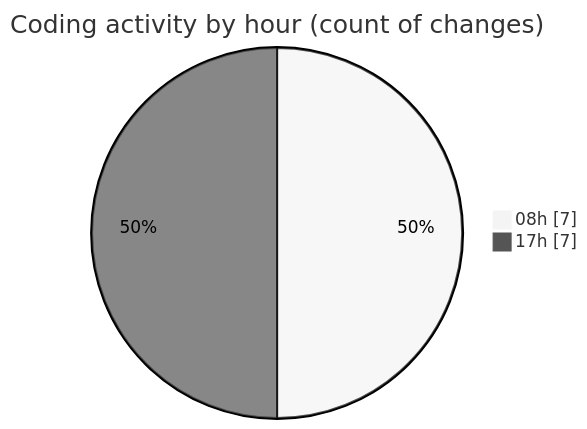
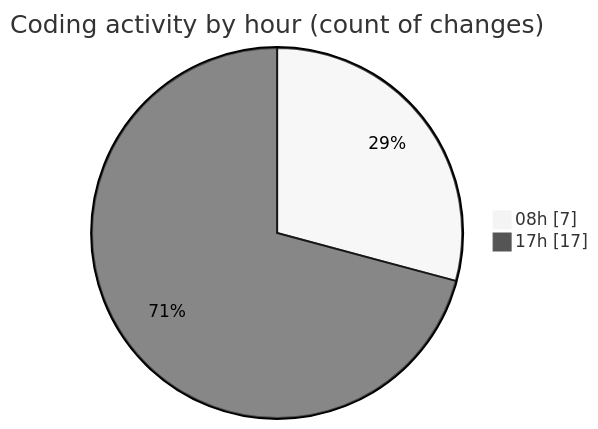
One commit to robertbonfada/code-tracking changed the second of 2 diagrams in 2025-02-06/mbc-web/README.md. Above: the diagram before and after it, drawn with Mermaid (neutral theme). The commit also changed other lines of this file and 1 other file, not shown here.

````diff
--- a/2025-02-06/mbc-web/README.md
+++ b/2025-02-06/mbc-web/README.md
@@ -33,6 +33,6 @@
 ```mermaid
 pie showData
 title Coding activity by hour (count of changes)
 "08h" : 7
-"17h" : 7
+"17h" : 17
 ```
````
